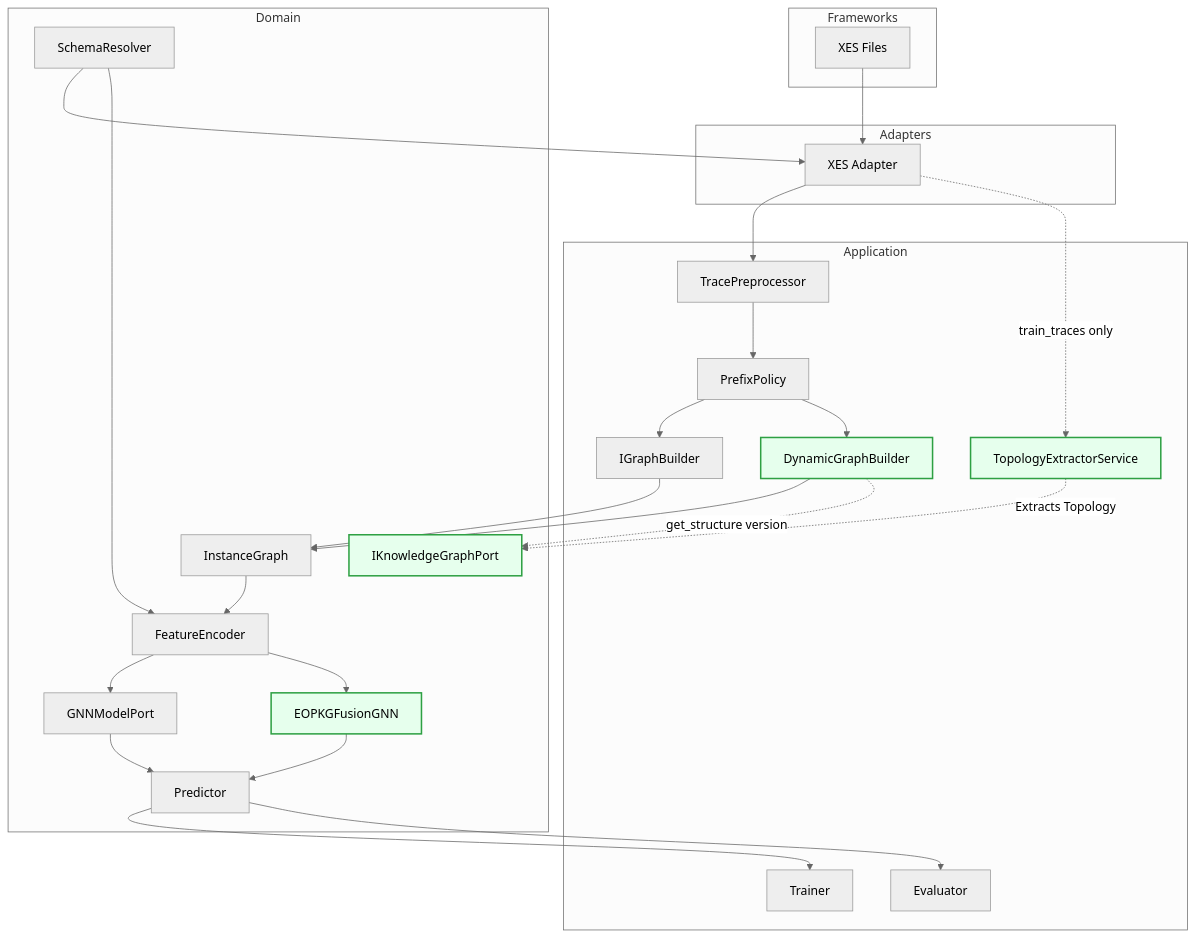
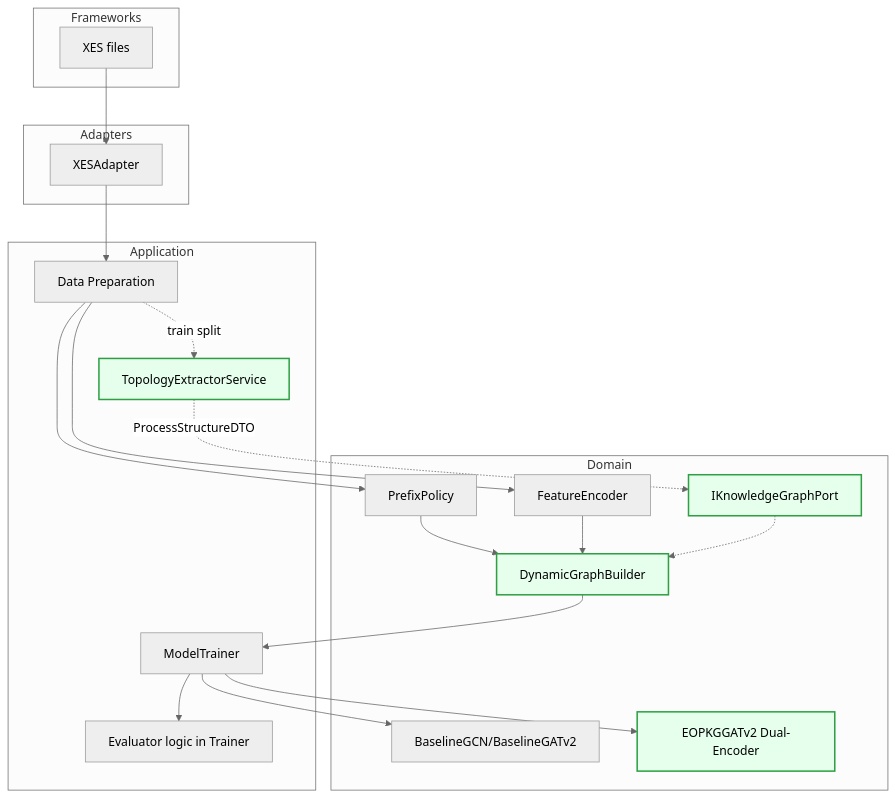
Before and after one commit to ghsrg/bpm_prediction: the first of 5 diagrams in docs/ARCHITECTURE_MVP2.MD, drawn with Mermaid (neutral theme). The commit also changed other lines of this file and 4 other files, not shown here.

````diff
--- a/docs/ARCHITECTURE_MVP2.MD
+++ b/docs/ARCHITECTURE_MVP2.MD
@@ -20,60 +26,44 @@
 ```mermaid
 flowchart TB
     classDef mvp2 fill:#e6ffed,stroke:#2ea043,stroke-width:2px,color:#000;
 
     subgraph Frameworks
-        XES[XES Files]
+        XES[XES files]
     end
 
     subgraph Adapters
-        XESAdapter[XES Adapter]
+        XESAdapter[XESAdapter]
     end
 
     subgraph Application
-        TracePreprocessor[TracePreprocessor]
-        PrefixPolicy[PrefixPolicy]
-        GraphBuilder[IGraphBuilder]
-        DynamicGraphBuilder[DynamicGraphBuilder]:::mvp2
-        TopologyExtractorService[TopologyExtractorService]:::mvp2
-        Trainer[Trainer]
-        Evaluator[Evaluator]
+        Prep[Data Preparation]
+        Trainer[ModelTrainer]
+        Eval[Evaluator logic in Trainer]
+        TopologyExtractor[TopologyExtractorService]:::mvp2
     end
 
     subgraph Domain
-        SchemaResolver[SchemaResolver]
-        InstanceGraph[InstanceGraph]
-        FeatureEncoder[FeatureEncoder]
-        GNNModel[GNNModelPort]
-        EOPKGFusionGNN[EOPKGFusionGNN]:::mvp2
-        IKnowledgeGraphPort[IKnowledgeGraphPort]:::mvp2
-        Predictor[Predictor]
+        PrefixPolicy[PrefixPolicy]
+        Encoder[FeatureEncoder]
+        DGB[DynamicGraphBuilder]:::mvp2
+        KGPort[IKnowledgeGraphPort]:::mvp2
+        Baselines[BaselineGCN/BaselineGATv2]
+        EOPKGGATv2[EOPKGGATv2 Dual-Encoder]:::mvp2
     end
 
     XES --> XESAdapter
-    XESAdapter --> TracePreprocessor
-    
-    %% MVP2 Zero-Shot flow
-    XESAdapter -.->|train_traces only| TopologyExtractorService
-    TopologyExtractorService -.->|Extracts Topology| IKnowledgeGraphPort
-    
-    TracePreprocessor --> PrefixPolicy
-    PrefixPolicy --> GraphBuilder
-    PrefixPolicy --> DynamicGraphBuilder
-    
-    GraphBuilder --> InstanceGraph
-    DynamicGraphBuilder --> InstanceGraph
-    DynamicGraphBuilder -.->|get_structure version| IKnowledgeGraphPort
-    
-    InstanceGraph --> FeatureEncoder
-    FeatureEncoder --> GNNModel
-    FeatureEncoder --> EOPKGFusionGNN
-    
-    SchemaResolver --> XESAdapter
-    SchemaResolver --> FeatureEncoder
-    
-    GNNModel --> Predictor
-    EOPKGFusionGNN --> Predictor
-    
-    Predictor --> Trainer
-    Predictor --> Evaluator
+    XESAdapter --> Prep
+    Prep --> PrefixPolicy
+    PrefixPolicy --> DGB
+    Prep --> Encoder
+    Encoder --> DGB
+
+    Prep -.->|train split| TopologyExtractor
+    TopologyExtractor -.->|ProcessStructureDTO| KGPort
+    KGPort -.-> DGB
+
+    DGB --> Trainer
+    Trainer --> Baselines
+    Trainer --> EOPKGGATv2
+    Trainer --> Eval
 ```
````
